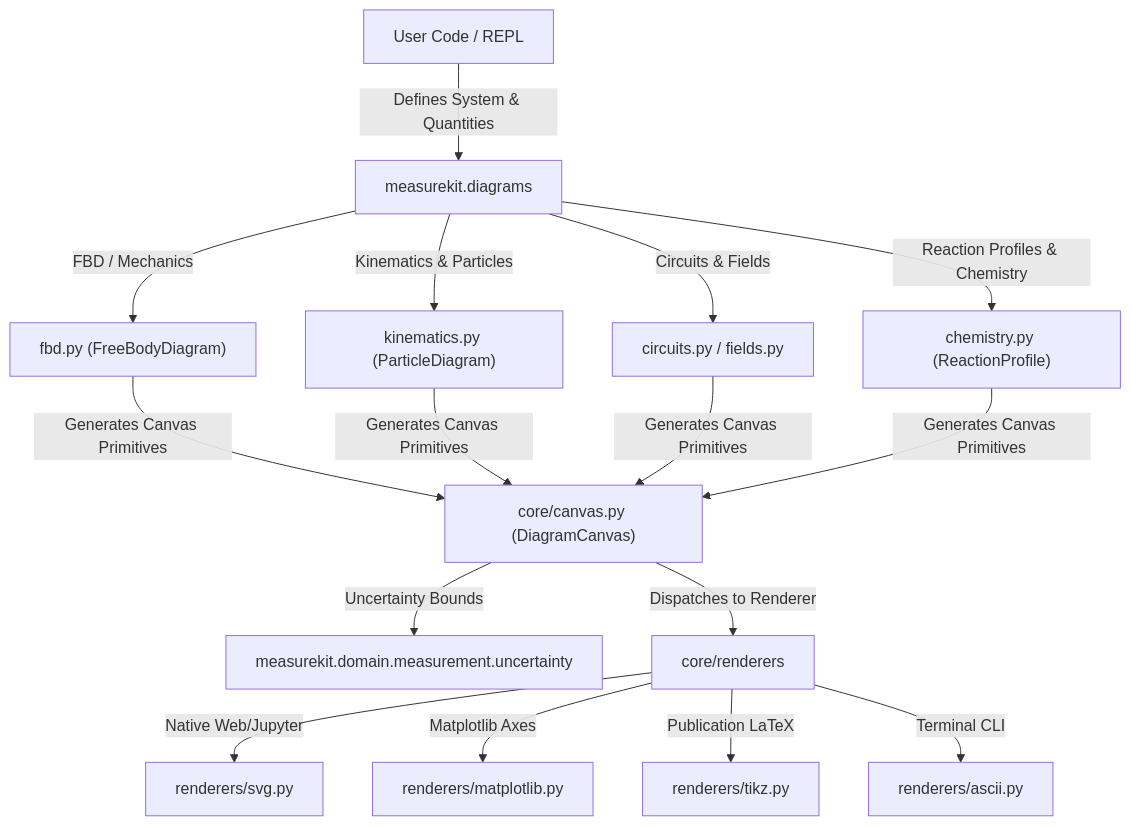
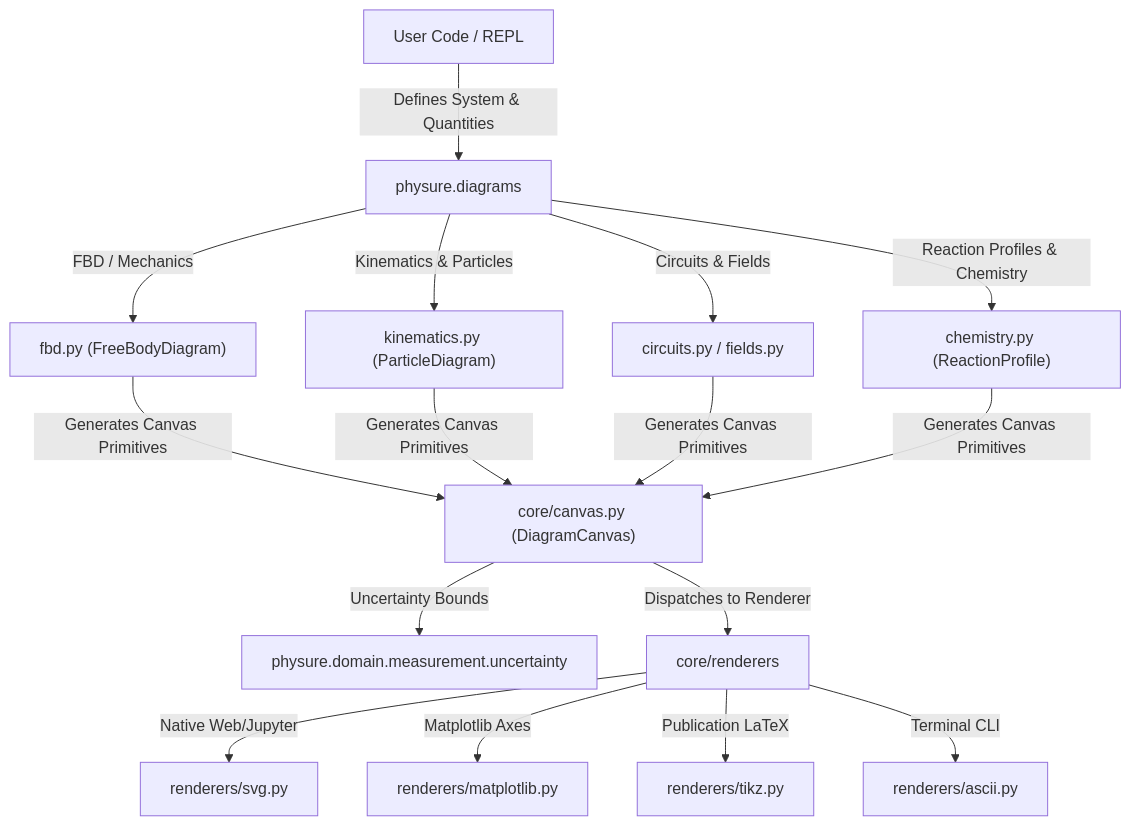
The first of 2 diagrams in physure-python/docs/diagrams_roadmap.md (Alexisrx96/physure), drawn with Mermaid before and after one commit. The commit also changed other lines of this file and 150 other files, not shown here.

````diff
--- a/physure-python/docs/diagrams_roadmap.md
+++ b/physure-python/docs/diagrams_roadmap.md
@@ -25,21 +25,21 @@
 ```mermaid
 graph TD
-    User["User Code / REPL"] --> |"Defines System & Quantities"| DiagramsPkg["measurekit.diagrams"]
+    User["User Code / REPL"] --> |"Defines System & Quantities"| DiagramsPkg["physure.diagrams"]
     DiagramsPkg --> |"FBD / Mechanics"| FBDModule["fbd.py (FreeBodyDiagram)"]
     DiagramsPkg --> |"Kinematics & Particles"| KinematicsModule["kinematics.py (ParticleDiagram)"]
     DiagramsPkg --> |"Circuits & Fields"| FieldsModule["circuits.py / fields.py"]
     DiagramsPkg --> |"Reaction Profiles & Chemistry"| ChemModule["chemistry.py (ReactionProfile)"]
     
     FBDModule --> |"Generates Canvas Primitives"| CoreCanvas["core/canvas.py (DiagramCanvas)"]
     KinematicsModule --> |"Generates Canvas Primitives"| CoreCanvas
     FieldsModule --> |"Generates Canvas Primitives"| CoreCanvas
     ChemModule --> |"Generates Canvas Primitives"| CoreCanvas
 
-    CoreCanvas --> |"Uncertainty Bounds"| UncEngine["measurekit.domain.measurement.uncertainty"]
+    CoreCanvas --> |"Uncertainty Bounds"| UncEngine["physure.domain.measurement.uncertainty"]
     
     CoreCanvas --> |"Dispatches to Renderer"| RenderManager["core/renderers"]
     RenderManager --> |"Native Web/Jupyter"| SVGRenderer["renderers/svg.py"]
     RenderManager --> |"Matplotlib Axes"| MplRenderer["renderers/matplotlib.py"]
     RenderManager --> |"Publication LaTeX"| TikZRenderer["renderers/tikz.py"]
     RenderManager --> |"Terminal CLI"| ASCIIRenderer["renderers/ascii.py"]
 ```
````
